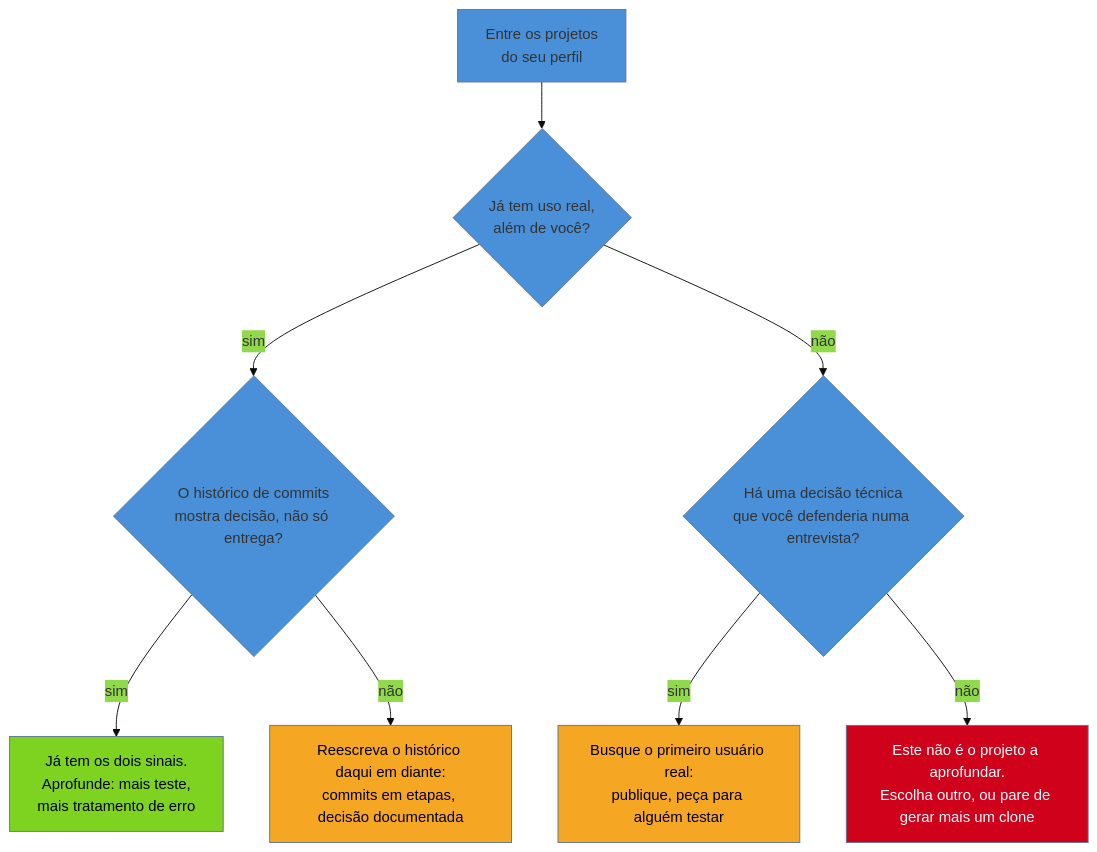
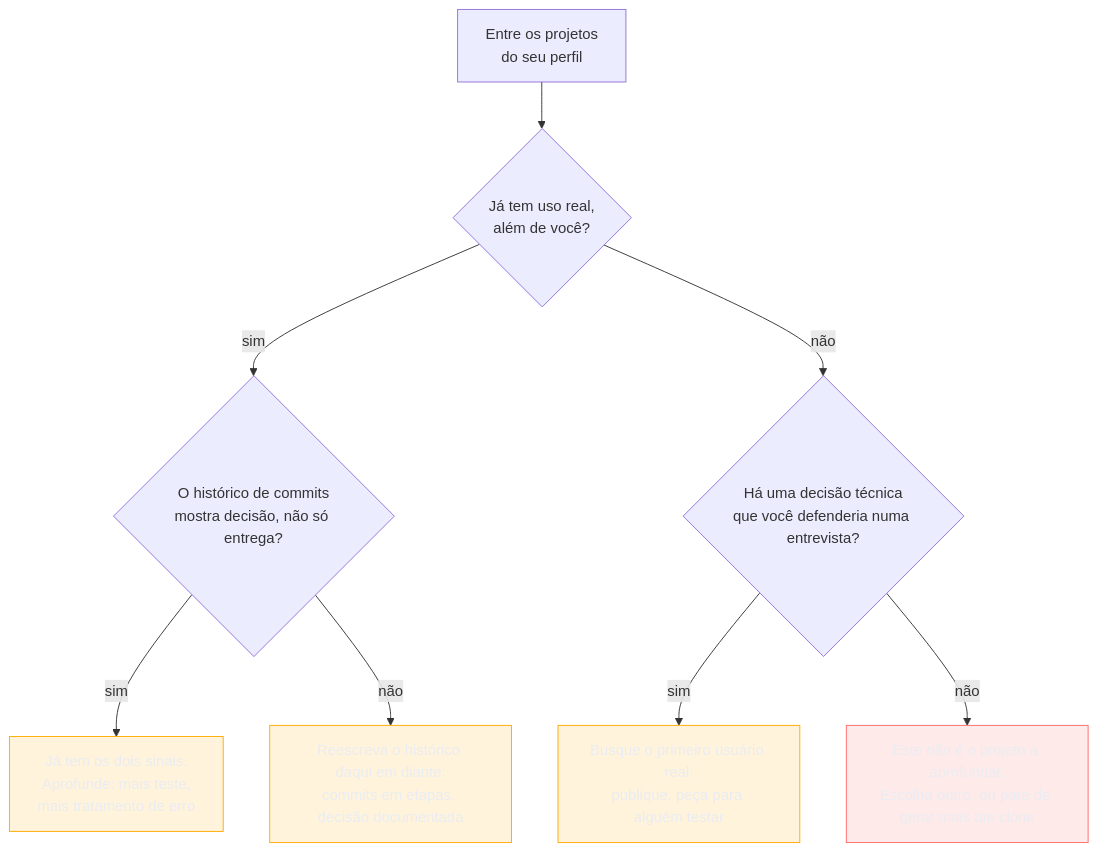
One commit to josenaldo/codex-technomanticus changed the diagram in 03-Dominios/Carreira/Currículo/17 - Projetos, portfólio e GitHub depois da IA.md. Above: the diagram before and after it, drawn with Mermaid. The commit also changed 1181 other files, not shown here.

First line of the commit message:
fix(diagramas): paleta do sistema no lugar de cor cravada no markdown

````diff
--- a/03-Dominios/Carreira/Currículo/17 - Projetos, portfólio e GitHub depois da IA.md
+++ b/03-Dominios/Carreira/Currículo/17 - Projetos, portfólio e GitHub depois da IA.md
@@ -148,18 +148,19 @@
 ```mermaid
-%%{init: {"theme": "base", "themeVariables": {"primaryColor": "#4A90D9"}}}%%
 flowchart TD
+    classDef destaque fill:#FFAA0024,stroke:#FFAA00,color:#E9ECF2
+    classDef falha fill:#FF6B6B24,stroke:#FF6B6B,color:#E9ECF2
     Start["Entre os projetos<br/>do seu perfil"] --> Q1{"Já tem uso real,<br/>além de você?"}
     Q1 -->|"sim"| Q2{"O histórico de commits<br/>mostra decisão, não só entrega?"}
     Q1 -->|"não"| Q3{"Há uma decisão técnica<br/>que você defenderia numa entrevista?"}
 
     Q2 -->|"sim"| A["Já tem os dois sinais.<br/>Aprofunde: mais teste,<br/>mais tratamento de erro"]
     Q2 -->|"não"| B["Reescreva o histórico daqui em diante:<br/>commits em etapas, decisão documentada"]
 
     Q3 -->|"sim"| C["Busque o primeiro usuário real:<br/>publique, peça para alguém testar"]
     Q3 -->|"não"| D["Este não é o projeto a aprofundar.<br/>Escolha outro, ou pare de gerar mais um clone"]
 
-    style A fill:#7ED321,color:#000
-    style B fill:#F5A623,color:#000
-    style C fill:#F5A623,color:#000
-    style D fill:#D0021B,color:#fff
+    class A destaque
+    class B destaque
+    class C destaque
+    class D falha
 ```
````
